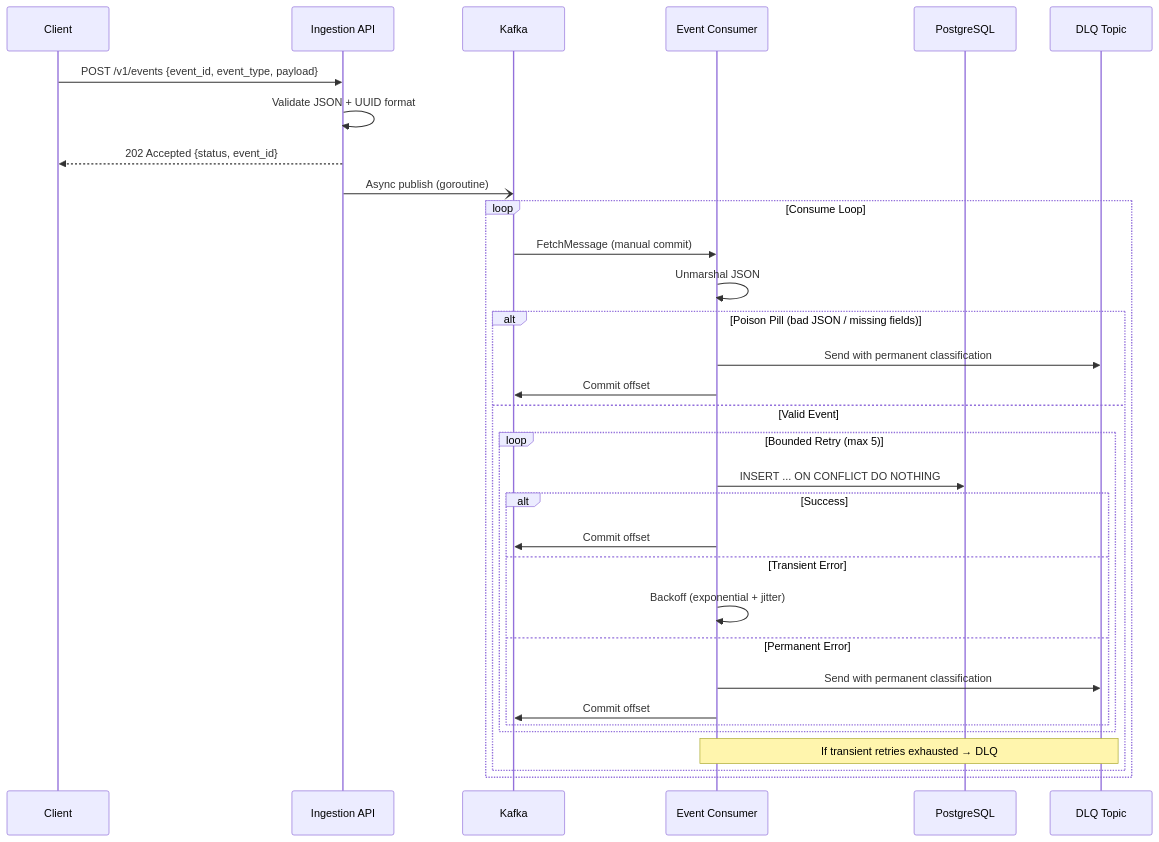
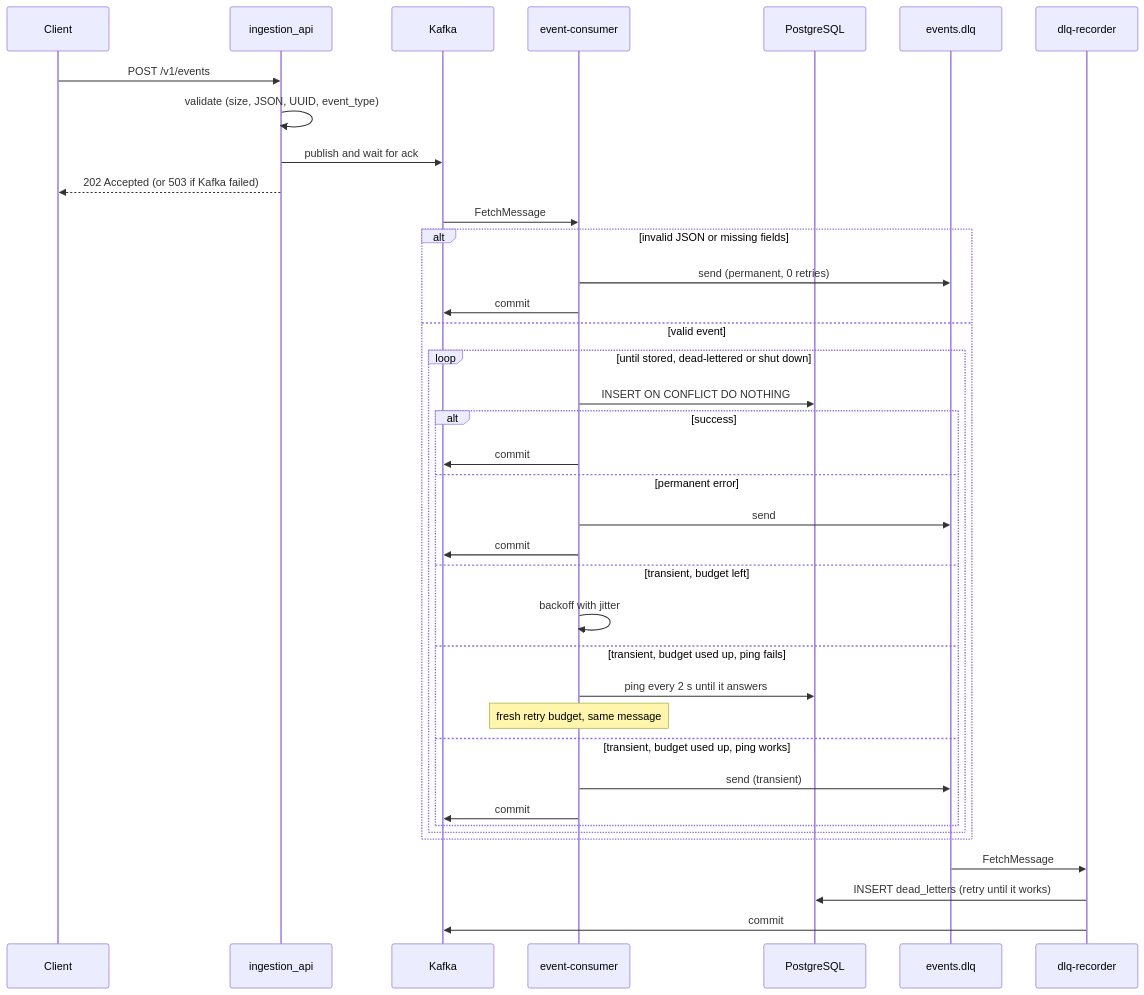
The third of 3 diagrams in ARCHITECTURE.md (Karthik0000007/Event_Analytics_Platform), drawn with Mermaid before and after one commit. The commit also changed other lines of this file and 1 other file, not shown here.

````diff
--- a/ARCHITECTURE.md
+++ b/ARCHITECTURE.md
@@ -251,36 +196,43 @@
 ```mermaid
 sequenceDiagram
     participant Client
-    participant API as Ingestion API
+    participant API as ingestion_api
     participant Kafka
-    participant Consumer as Event Consumer
+    participant Consumer as event-consumer
     participant DB as PostgreSQL
-    participant DLQ as DLQ Topic
+    participant DLQ as events.dlq
+    participant Rec as dlq-recorder
 
-    Client->>API: POST /v1/events {event_id, event_type, payload}
-    API->>API: Validate JSON + UUID format
-    API-->>Client: 202 Accepted {status, event_id}
-    API-)Kafka: Async publish (goroutine)
+    Client->>API: POST /v1/events
+    API->>API: validate (size, JSON, UUID, event_type)
+    API->>Kafka: publish and wait for ack
+    API-->>Client: 202 Accepted (or 503 if Kafka failed)
 
-    loop Consume Loop
-        Kafka->>Consumer: FetchMessage (manual commit)
-        Consumer->>Consumer: Unmarshal JSON
-        alt Poison Pill (bad JSON / missing fields)
-            Consumer->>DLQ: Send with permanent classification
-            Consumer->>Kafka: Commit offset
-        else Valid Event
-            loop Bounded Retry (max 5)
-                Consumer->>DB: INSERT ... ON CONFLICT DO NOTHING
-                alt Success
-                    Consumer->>Kafka: Commit offset
-                else Transient Error
-                    Consumer->>Consumer: Backoff (exponential + jitter)
-                else Permanent Error
-                    Consumer->>DLQ: Send with permanent classification
-                    Consumer->>Kafka: Commit offset
-                end
+    Kafka->>Consumer: FetchMessage
+    alt invalid JSON or missing fields
+        Consumer->>DLQ: send (permanent, 0 retries)
+        Consumer->>Kafka: commit
+    else valid event
+        loop until stored, dead-lettered or shut down
+            Consumer->>DB: INSERT ON CONFLICT DO NOTHING
+            alt success
+                Consumer->>Kafka: commit
+            else permanent error
+                Consumer->>DLQ: send
+                Consumer->>Kafka: commit
+            else transient, budget left
+                Consumer->>Consumer: backoff with jitter
+            else transient, budget used up, ping fails
+                Consumer->>DB: ping every 2 s until it answers
+                Note over Consumer: fresh retry budget, same message
+            else transient, budget used up, ping works
+                Consumer->>DLQ: send (transient)
+                Consumer->>Kafka: commit
             end
-            Note over Consumer,DLQ: If transient retries exhausted → DLQ
         end
     end
+
+    DLQ->>Rec: FetchMessage
+    Rec->>DB: INSERT dead_letters (retry until it works)
+    Rec->>Kafka: commit
 ```
````
